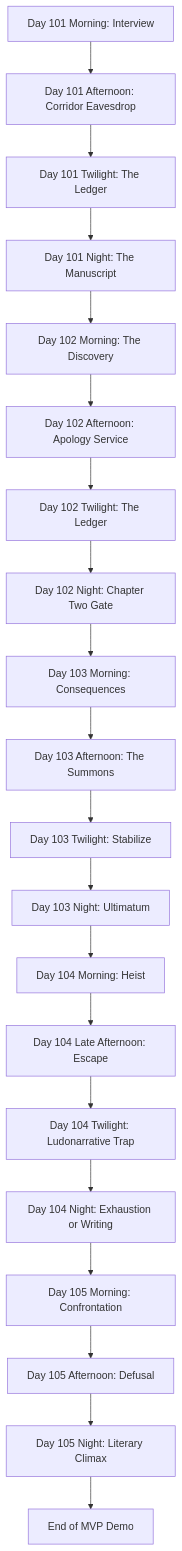
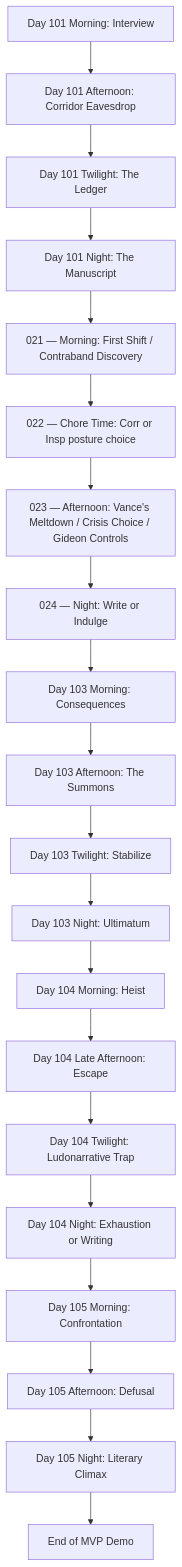
Before and after one commit to mikezilla14/untitled-victorian-vn: the first of 2 diagrams in narrative/writers_room/releases/release 1 - mvp/story_board.md, drawn with Mermaid. The commit also changed other lines of this file and 5 other files, not shown here.

Commit message:
add project architectural guidelines, cache configuration, and initial non-canon story drafts for day 101-103.

````diff
--- a/narrative/writers_room/releases/release 1 - mvp/story_board.md
+++ b/narrative/writers_room/releases/release 1 - mvp/story_board.md
@@ -10,22 +10,22 @@
 ```mermaid
 flowchart TD
     D101M[Day 101 Morning: Interview] --> D101A[Day 101 Afternoon: Corridor Eavesdrop]
     D101A --> D101T[Day 101 Twilight: The Ledger]
     D101T --> D101N[Day 101 Night: The Manuscript]
-    D101N --> D102M[Day 102 Morning: The Discovery]
-    D102M --> D102A[Day 102 Afternoon: Apology Service]
-    D102A --> D102T[Day 102 Twilight: The Ledger]
-    D102T --> D102N[Day 102 Night: Chapter Two Gate]
+    D101N --> D102M["021 — Morning: First Shift / Contraband Discovery"]
+    D102M --> D102C["022 — Chore Time: Corr or Insp posture choice"]
+    D102C --> D102A["023 — Afternoon: Vance's Meltdown / Crisis Choice / Gideon Controls"]
+    D102A --> D102N["024 — Night: Write or Indulge"]
     D102N --> D103M[Day 103 Morning: Consequences]
     D103M --> D103A[Day 103 Afternoon: The Summons]
     D103A --> D103T[Day 103 Twilight: Stabilize]
     D103T --> D103N[Day 103 Night: Ultimatum]
     D103N --> D104M[Day 104 Morning: Heist]
     D104M --> D104A[Day 104 Late Afternoon: Escape]
     D104A --> D104T[Day 104 Twilight: Ludonarrative Trap]
     D104T --> D104N[Day 104 Night: Exhaustion or Writing]
     D104N --> D105M[Day 105 Morning: Confrontation]
     D105M --> D105A[Day 105 Afternoon: Defusal]
     D105A --> D105N[Day 105 Night: Literary Climax]
     D105N --> End[End of MVP Demo]
 ```
````
